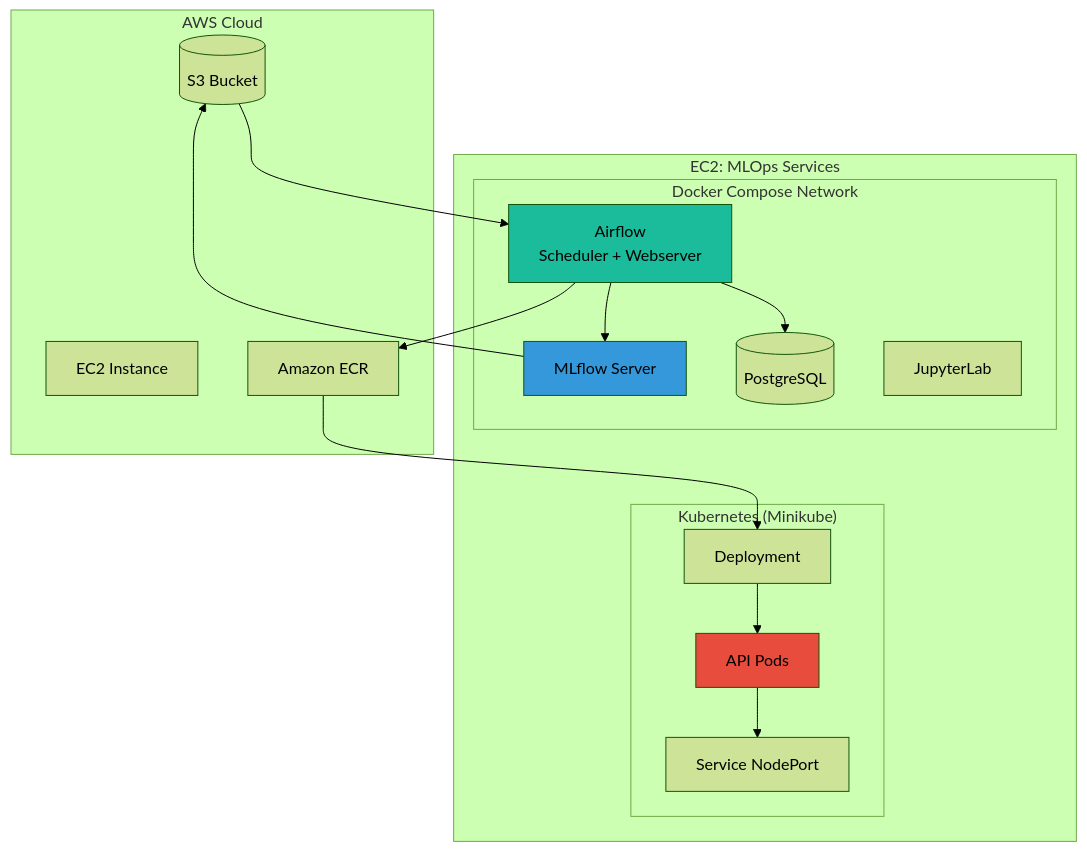
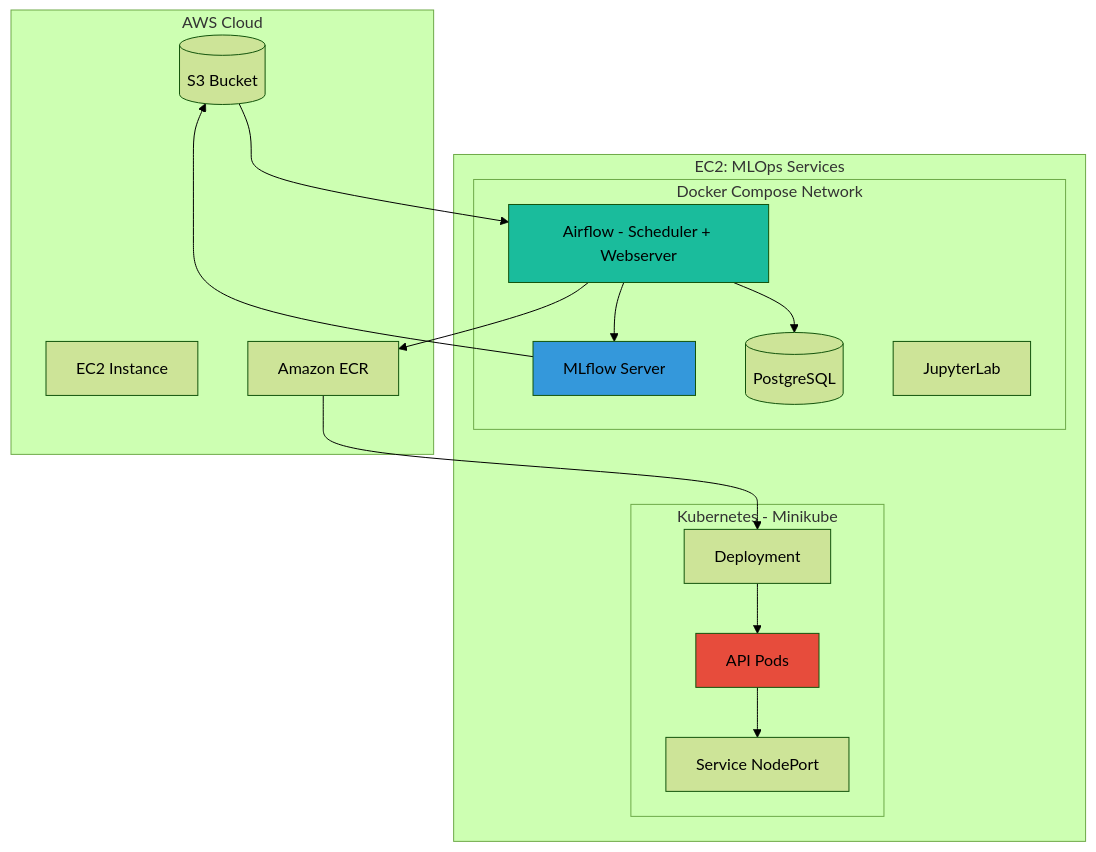
Before and after one commit to bencappello/health-predict: the first of 2 diagrams in ARCHITECTURE.md, drawn with Mermaid (forest theme). The commit also changed other lines of this file and 1 other file, not shown here.

Commit message:
fix: correct Mermaid diagram syntax for proper rendering
- Remove HTML br tags from node labels
- Use proper subgraph syntax with aliases
- Simplify labels for better Mermaid parser compatibility

````diff
--- a/ARCHITECTURE.md
+++ b/ARCHITECTURE.md
@@ -9,37 +9,37 @@
 ```mermaid
 graph TB
-    subgraph "AWS Cloud"
+    subgraph AWS["AWS Cloud"]
         S3[(S3 Bucket)]
         EC2[EC2 Instance]
         ECR[Amazon ECR]
     end
     
-    subgraph "EC2: MLOps Services"
-        subgraph "Docker Compose Network"
-            Airflow[Airflow<br/>Scheduler + Webserver]
+    subgraph EC2Services["EC2: MLOps Services"]
+        subgraph DockerNetwork["Docker Compose Network"]
+            Airflow[Airflow - Scheduler + Webserver]
             ML[MLflow Server]
             PG[(PostgreSQL)]
             Jupyter[JupyterLab]
         end
         
-        subgraph "Kubernetes (Minikube)"
+        subgraph K8sMinikube["Kubernetes - Minikube"]
             K8sDeploy[Deployment]
             K8sSvc[Service NodePort]
             Pods[API Pods]
         end
     end
     
     S3 --> Airflow
     Airflow --> ML
     Airflow --> ECR
     ML --> S3
     ECR --> K8sDeploy
     K8sDeploy --> Pods
     Pods --> K8sSvc
     
     Airflow --> PG
     
     style Airflow fill:#1abc9c
     style ML fill:#3498db
     style Pods fill:#e74c3c
 ```
````
